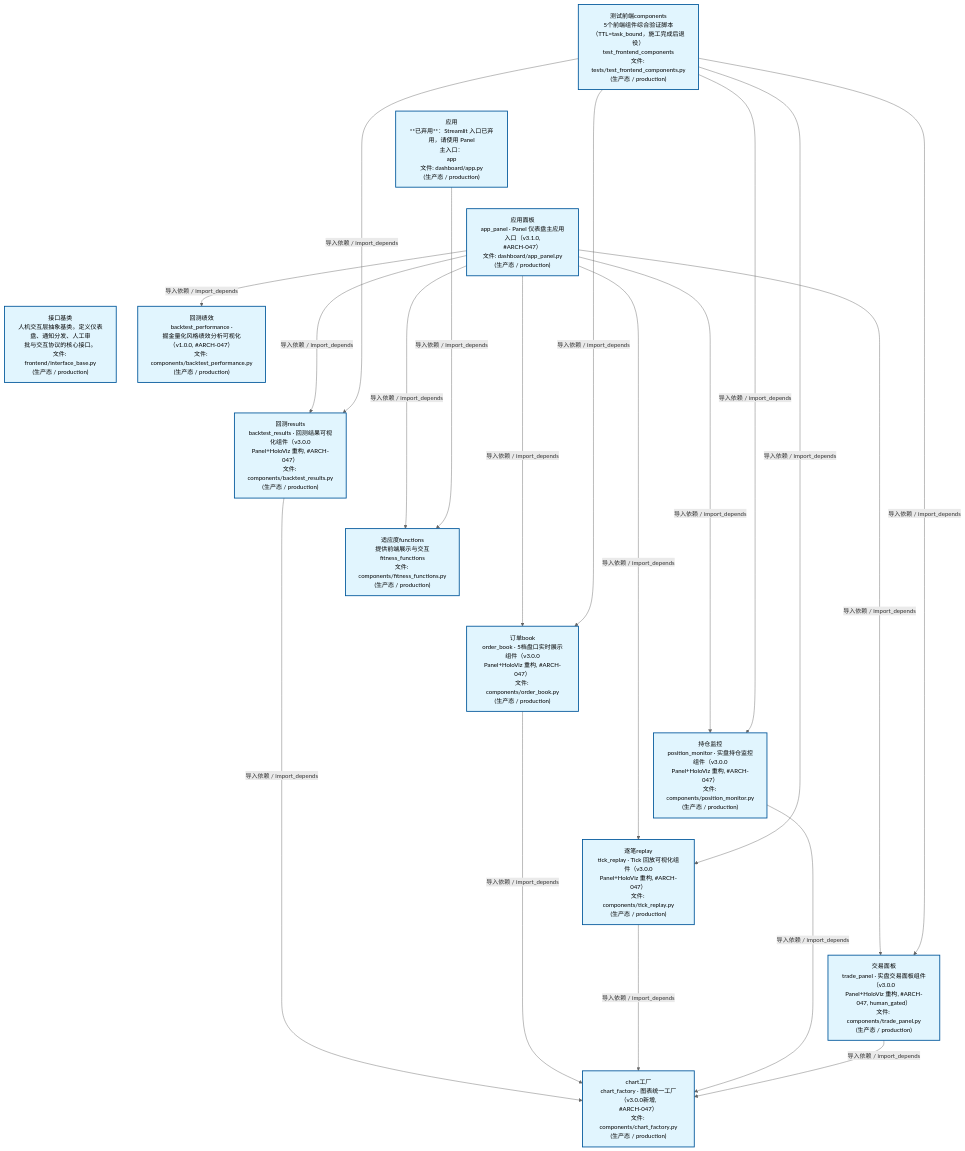
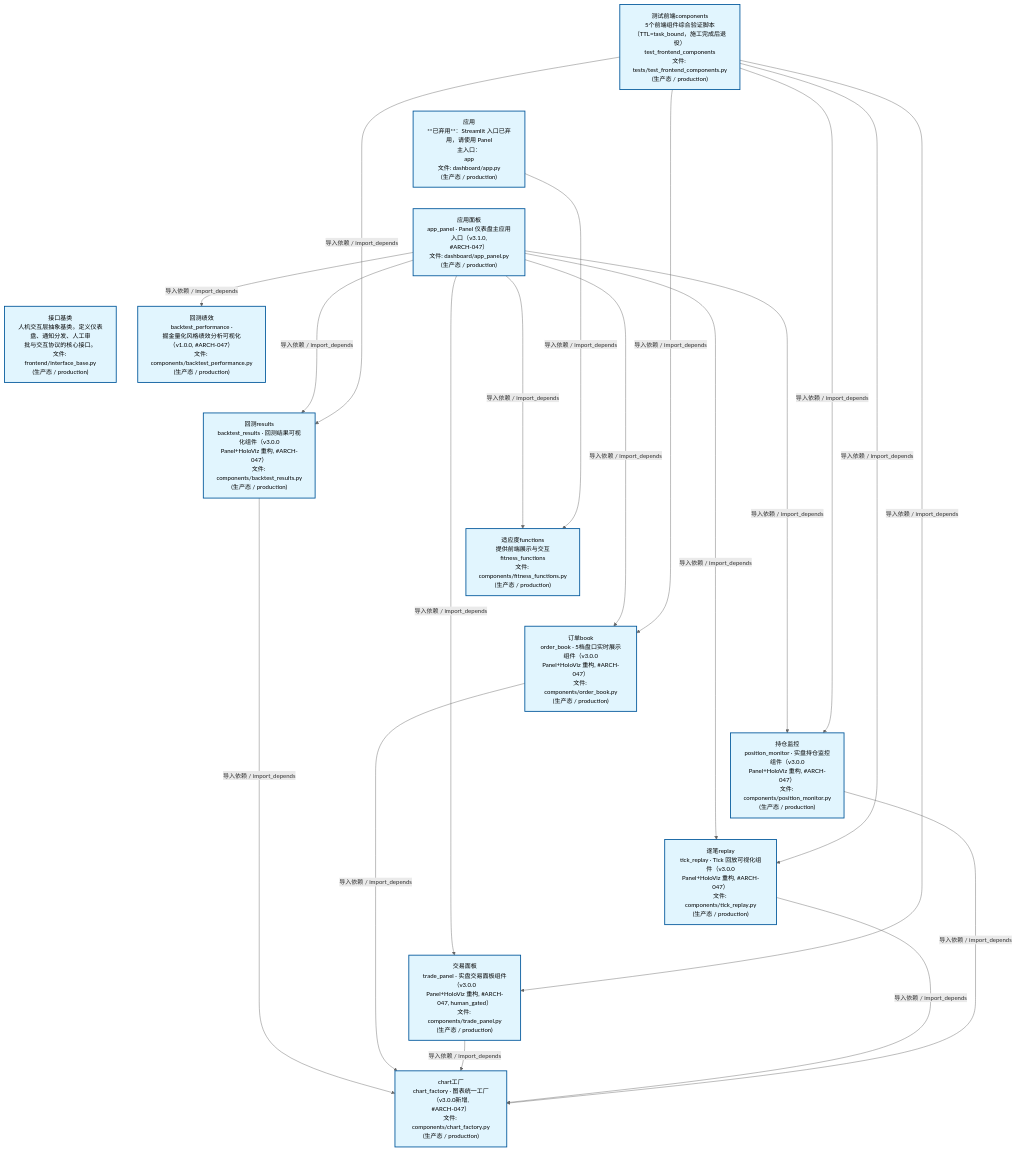
One commit to xuanFelixVan/ZephyrAlpha changed the second of 4 diagrams in docs/02_enterprise_architecture/02_domain_architecture_docs/47_d_frontend.md. Above: the diagram before and after it, drawn with Mermaid. The commit also changed other lines of this file and 51 other files, not shown here.

````diff
--- a/docs/02_enterprise_architecture/02_domain_architecture_docs/47_d_frontend.md
+++ b/docs/02_enterprise_architecture/02_domain_architecture_docs/47_d_frontend.md
@@ -124,48 +124,48 @@
 ```mermaid
 %%{init: {'theme': 'base', 'themeVariables': {'primaryColor': '#eaeaea', 'primaryTextColor': '#333333', 'primaryBorderColor': '#666666', 'lineColor': '#666666', 'secondaryColor': '#eaeaea', 'tertiaryColor': '#eaeaea', 'fontSize': '14px'}}}%%
 flowchart TD
     scripts_tests_test_frontend_components_py["测试前端components<br/>5个前端组件综合验证脚本<br/>（TTL=task_bound，施工完成后退役）<br/>test_frontend_components<br/>文件: tests/test_frontend_components.py<br/>(生产态 / production)"]
     src_zephyr_frontend_dashboard_app_py["应用<br/>**已弃用**：Streamlit 入口已弃用，请使用 Panel<br/>主入口：<br/>app<br/>文件: dashboard/app.py<br/>(生产态 / production)"]
     src_zephyr_frontend_dashboard_app_panel_py["应用面板<br/>app_panel · Panel 仪表盘主应用入口（v3.1.0,<br/>#ARCH-047）<br/>文件: dashboard/app_panel.py<br/>(生产态 / production)"]
     src_zephyr_frontend_interface_base_py["接口基类<br/>人机交互层抽象基类。定义仪表盘、通知分发、人工审<br/>批与交互协议的核心接口。<br/>文件: frontend/interface_base.py<br/>(生产态 / production)"]
     scripts_tests_test_frontend_components_py ~~~ src_zephyr_frontend_dashboard_app_py
     src_zephyr_frontend_dashboard_app_py ~~~ src_zephyr_frontend_dashboard_app_panel_py
     src_zephyr_frontend_dashboard_app_panel_py ~~~ src_zephyr_frontend_interface_base_py
     src_zephyr_frontend_dashboard_components_backtest_performance_py["回测绩效<br/>backtest_performance ·<br/>掘金量化风格绩效分析可视化（v1.0.0, #ARCH-047）<br/>文件: components/backtest_performance.py<br/>(生产态 / production)"]
     src_zephyr_frontend_dashboard_components_backtest_results_py["回测results<br/>backtest_results · 回测结果可视化组件（v3.0.0<br/>Panel+HoloViz 重构, #ARCH-047）<br/>文件: components/backtest_results.py<br/>(生产态 / production)"]
     src_zephyr_frontend_dashboard_components_fitness_functions_py["适应度functions<br/>提供前端展示与交互<br/>fitness_functions<br/>文件: components/fitness_functions.py<br/>(生产态 / production)"]
     src_zephyr_frontend_dashboard_components_order_book_py["订单book<br/>order_book · 5档盘口实时展示组件（v3.0.0<br/>Panel+HoloViz 重构, #ARCH-047）<br/>文件: components/order_book.py<br/>(生产态 / production)"]
     src_zephyr_frontend_dashboard_components_position_monitor_py["持仓监控<br/>position_monitor · 实盘持仓监控组件（v3.0.0<br/>Panel+HoloViz 重构, #ARCH-047）<br/>文件: components/position_monitor.py<br/>(生产态 / production)"]
     src_zephyr_frontend_dashboard_components_tick_replay_py["逐笔replay<br/>tick_replay · Tick 回放可视化组件（v3.0.0<br/>Panel+HoloViz 重构, #ARCH-047）<br/>文件: components/tick_replay.py<br/>(生产态 / production)"]
     src_zephyr_frontend_dashboard_components_trade_panel_py["交易面板<br/>trade_panel · 实盘交易面板组件（v3.0.0<br/>Panel+HoloViz 重构, #ARCH-047, human_gated）<br/>文件: components/trade_panel.py<br/>(生产态 / production)"]
     src_zephyr_frontend_dashboard_components_backtest_performance_py ~~~ src_zephyr_frontend_dashboard_components_backtest_results_py
     src_zephyr_frontend_dashboard_components_backtest_results_py ~~~ src_zephyr_frontend_dashboard_components_fitness_functions_py
     src_zephyr_frontend_dashboard_components_fitness_functions_py ~~~ src_zephyr_frontend_dashboard_components_order_book_py
     src_zephyr_frontend_dashboard_components_order_book_py ~~~ src_zephyr_frontend_dashboard_components_position_monitor_py
     src_zephyr_frontend_dashboard_components_position_monitor_py ~~~ src_zephyr_frontend_dashboard_components_tick_replay_py
     src_zephyr_frontend_dashboard_components_tick_replay_py ~~~ src_zephyr_frontend_dashboard_components_trade_panel_py
     src_zephyr_frontend_dashboard_components_chart_factory_py["chart工厂<br/>chart_factory · 图表统一工厂（v3.0.0新增,<br/>#ARCH-047）<br/>文件: components/chart_factory.py<br/>(生产态 / production)"]
     src_zephyr_frontend_dashboard_app_panel_py -->|导入依赖 / import_depends| src_zephyr_frontend_dashboard_components_backtest_performance_py
+    src_zephyr_frontend_dashboard_app_panel_py -->|导入依赖 / import_depends| src_zephyr_frontend_dashboard_components_fitness_functions_py
     src_zephyr_frontend_dashboard_app_panel_py -->|导入依赖 / import_depends| src_zephyr_frontend_dashboard_components_backtest_results_py
-    src_zephyr_frontend_dashboard_app_panel_py -->|导入依赖 / import_depends| src_zephyr_frontend_dashboard_components_fitness_functions_py
     src_zephyr_frontend_dashboard_app_panel_py -->|导入依赖 / import_depends| src_zephyr_frontend_dashboard_components_order_book_py
+    src_zephyr_frontend_dashboard_app_panel_py -->|导入依赖 / import_depends| src_zephyr_frontend_dashboard_components_trade_panel_py
     src_zephyr_frontend_dashboard_app_panel_py -->|导入依赖 / import_depends| src_zephyr_frontend_dashboard_components_tick_replay_py
     src_zephyr_frontend_dashboard_app_panel_py -->|导入依赖 / import_depends| src_zephyr_frontend_dashboard_components_position_monitor_py
-    src_zephyr_frontend_dashboard_app_panel_py -->|导入依赖 / import_depends| src_zephyr_frontend_dashboard_components_trade_panel_py
     src_zephyr_frontend_dashboard_app_py -->|导入依赖 / import_depends| src_zephyr_frontend_dashboard_components_fitness_functions_py
     src_zephyr_frontend_dashboard_components_backtest_results_py -->|导入依赖 / import_depends| src_zephyr_frontend_dashboard_components_chart_factory_py
     src_zephyr_frontend_dashboard_components_order_book_py -->|导入依赖 / import_depends| src_zephyr_frontend_dashboard_components_chart_factory_py
+    src_zephyr_frontend_dashboard_components_trade_panel_py -->|导入依赖 / import_depends| src_zephyr_frontend_dashboard_components_chart_factory_py
     src_zephyr_frontend_dashboard_components_tick_replay_py -->|导入依赖 / import_depends| src_zephyr_frontend_dashboard_components_chart_factory_py
     src_zephyr_frontend_dashboard_components_position_monitor_py -->|导入依赖 / import_depends| src_zephyr_frontend_dashboard_components_chart_factory_py
-    src_zephyr_frontend_dashboard_components_trade_panel_py -->|导入依赖 / import_depends| src_zephyr_frontend_dashboard_components_chart_factory_py
     scripts_tests_test_frontend_components_py -->|导入依赖 / import_depends| src_zephyr_frontend_dashboard_components_backtest_results_py
     scripts_tests_test_frontend_components_py -->|导入依赖 / import_depends| src_zephyr_frontend_dashboard_components_order_book_py
+    scripts_tests_test_frontend_components_py -->|导入依赖 / import_depends| src_zephyr_frontend_dashboard_components_trade_panel_py
     scripts_tests_test_frontend_components_py -->|导入依赖 / import_depends| src_zephyr_frontend_dashboard_components_tick_replay_py
     scripts_tests_test_frontend_components_py -->|导入依赖 / import_depends| src_zephyr_frontend_dashboard_components_position_monitor_py
-    scripts_tests_test_frontend_components_py -->|导入依赖 / import_depends| src_zephyr_frontend_dashboard_components_trade_panel_py
     classDef production fill:#e1f5fe,stroke:#01579b,stroke-width:2px,color:#000
     classDef design fill:#fff3e0,stroke:#e65100,stroke-width:2px,color:#000,stroke-dasharray: 5 5
     classDef external_prod fill:#e8f4fd,stroke:#0277bd,stroke-width:1px,color:#000
     classDef external_design fill:#fff8e7,stroke:#ef6c00,stroke-width:1px,color:#000,stroke-dasharray: 5 5
     class scripts_tests_test_frontend_components_py,src_zephyr_frontend_dashboard_app_py,src_zephyr_frontend_dashboard_app_panel_py,src_zephyr_frontend_dashboard_components_backtest_performance_py,src_zephyr_frontend_dashboard_components_backtest_results_py,src_zephyr_frontend_dashboard_components_chart_factory_py,src_zephyr_frontend_dashboard_components_fitness_functions_py,src_zephyr_frontend_dashboard_components_order_book_py,src_zephyr_frontend_dashboard_components_position_monitor_py,src_zephyr_frontend_dashboard_components_tick_replay_py,src_zephyr_frontend_dashboard_components_trade_panel_py,src_zephyr_frontend_interface_base_py production
 ```
````
